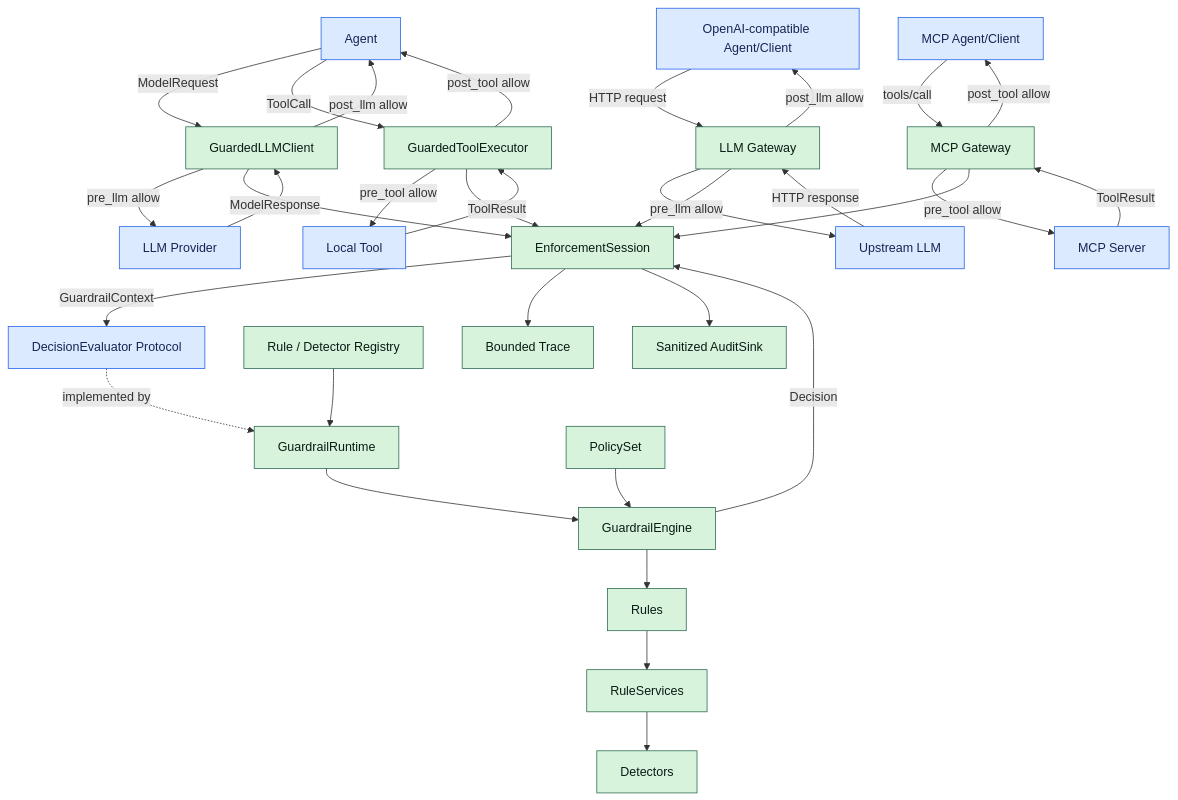
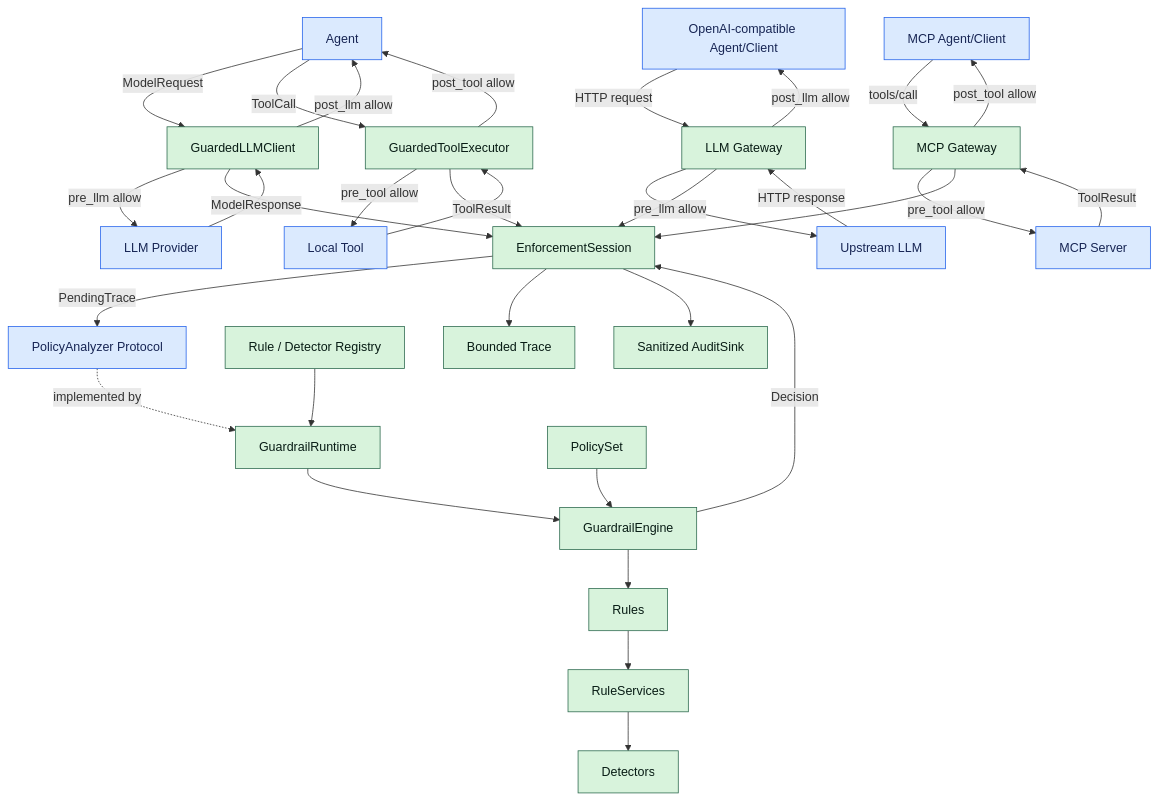
Before and after one commit to cipeizheng/agent-guardrail: the first of 2 diagrams in docs/code-reading-map.md, drawn with Mermaid. The commit also changed other lines of this file and 57 other files, not shown here.

Commit message:
feat: add event graph analysis and PII guardrails

````diff
--- a/docs/code-reading-map.md
+++ b/docs/code-reading-map.md
@@ -13,50 +13,50 @@
 ```mermaid
 flowchart TB
     Agent[Agent]
 
     Agent -->|ModelRequest| GuardedLLM[GuardedLLMClient]
     GuardedLLM -->|pre_llm allow| LLM[LLM Provider]
     LLM -->|ModelResponse| GuardedLLM
     GuardedLLM -->|post_llm allow| Agent
 
     Agent -->|ToolCall| GuardedTool[GuardedToolExecutor]
     GuardedTool -->|pre_tool allow| Tool[Local Tool]
     Tool -->|ToolResult| GuardedTool
     GuardedTool -->|post_tool allow| Agent
 
     OpenAIClient[OpenAI-compatible Agent/Client] -->|HTTP request| LLMGateway[LLM Gateway]
     LLMGateway -->|pre_llm allow| UpstreamLLM[Upstream LLM]
     UpstreamLLM -->|HTTP response| LLMGateway
     LLMGateway -->|post_llm allow| OpenAIClient
 
     MCPClient[MCP Agent/Client] -->|tools/call| MCPGateway[MCP Gateway]
     MCPGateway -->|pre_tool allow| MCPServer[MCP Server]
     MCPServer -->|ToolResult| MCPGateway
     MCPGateway -->|post_tool allow| MCPClient
 
     GuardedLLM --> Session[EnforcementSession]
     GuardedTool --> Session
     LLMGateway --> Session
     MCPGateway --> Session
 
-    Session -->|GuardrailContext| Evaluator[DecisionEvaluator Protocol]
-    Evaluator -. implemented by .-> Runtime[GuardrailRuntime]
+    Session -->|PendingTrace| Analyzer[PolicyAnalyzer Protocol]
+    Analyzer -. implemented by .-> Runtime[GuardrailRuntime]
     Runtime --> Engine[GuardrailEngine]
 
     Policy[PolicySet] --> Engine
     Registry[Rule / Detector Registry] --> Runtime
     Engine --> Rules[Rules]
     Rules --> Services[RuleServices]
     Services --> Detectors[Detectors]
 
     Engine -->|Decision| Session
     Session --> Trace[Bounded Trace]
     Session --> Audit[Sanitized AuditSink]
 
     classDef done fill:#d8f3dc,stroke:#2d6a4f,color:#081c15
     classDef next fill:#dbeafe,stroke:#2563eb,color:#172554
     classDef later fill:#eeeeee,stroke:#737373,color:#262626
 
     class Engine,Policy,Registry,Rules,Services,Detectors,Trace,GuardedLLM,GuardedTool,Session,Runtime,Audit,LLMGateway,MCPGateway done
-    class Agent,Evaluator,LLM,Tool,OpenAIClient,UpstreamLLM,MCPClient,MCPServer next
+    class Agent,Analyzer,LLM,Tool,OpenAIClient,UpstreamLLM,MCPClient,MCPServer next
 ```
````
